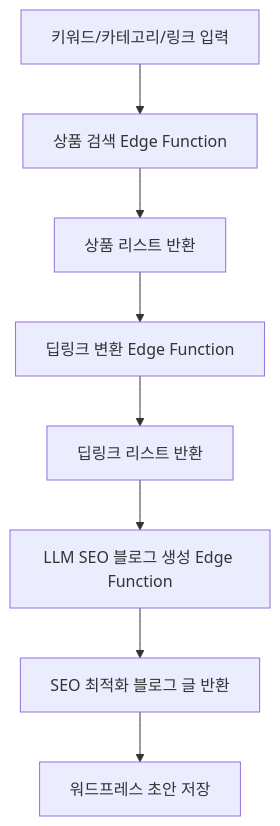
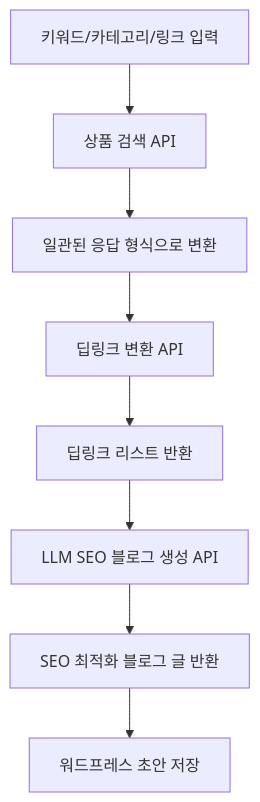
The diagram in README.md (kjh5848/cp9), drawn with Mermaid before and after one commit. The commit also changed other lines of this file and 14 other files, not shown here.

````diff
--- a/README.md
+++ b/README.md
@@ -84,10 +139,10 @@
 ```mermaid
 graph TD
-A[키워드/카테고리/링크 입력] --> B[상품 검색 Edge Function]
-B --> C[상품 리스트 반환]
-C --> D[딥링크 변환 Edge Function]
+A[키워드/카테고리/링크 입력] --> B[상품 검색 API]
+B --> C[일관된 응답 형식으로 변환]
+C --> D[딥링크 변환 API]
 D --> E[딥링크 리스트 반환]
-E --> F[LLM SEO 블로그 생성 Edge Function]
+E --> F[LLM SEO 블로그 생성 API]
 F --> G[SEO 최적화 블로그 글 반환]
 G --> H[워드프레스 초안 저장]
 ```
````
